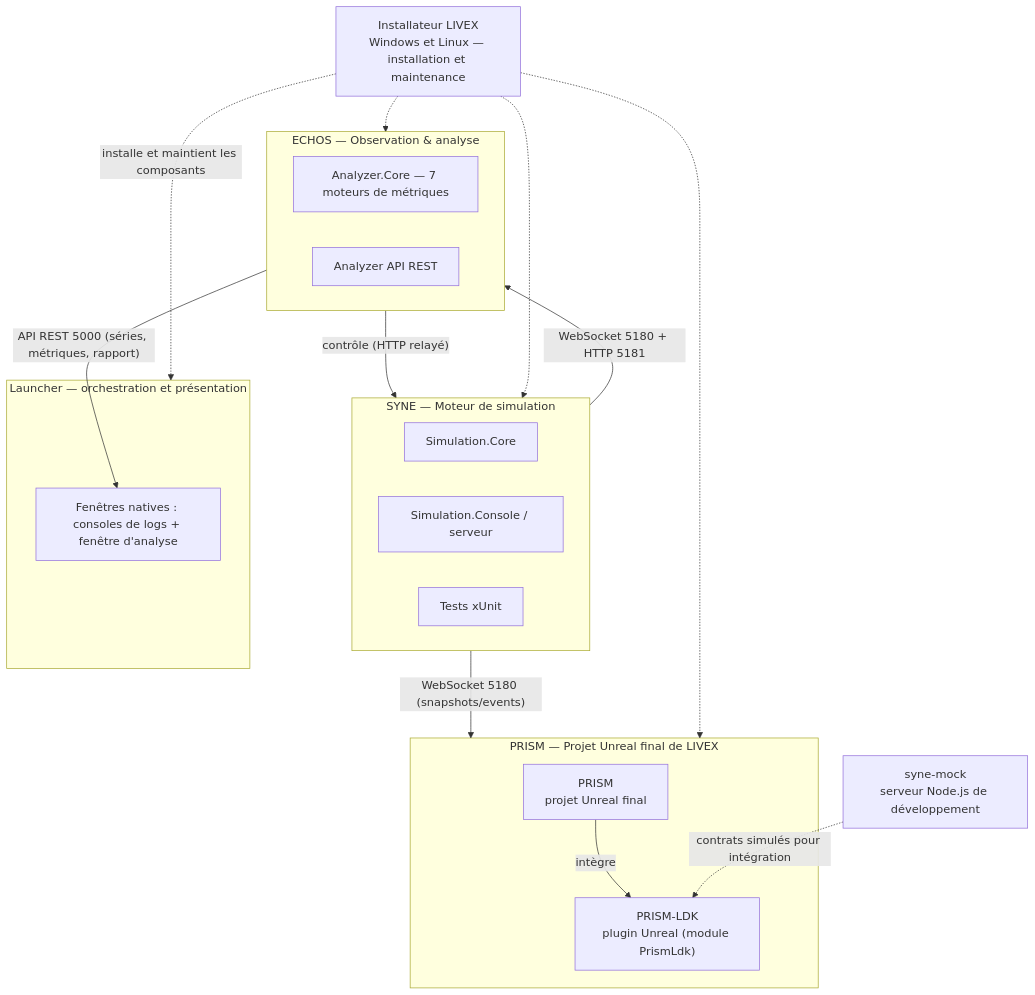
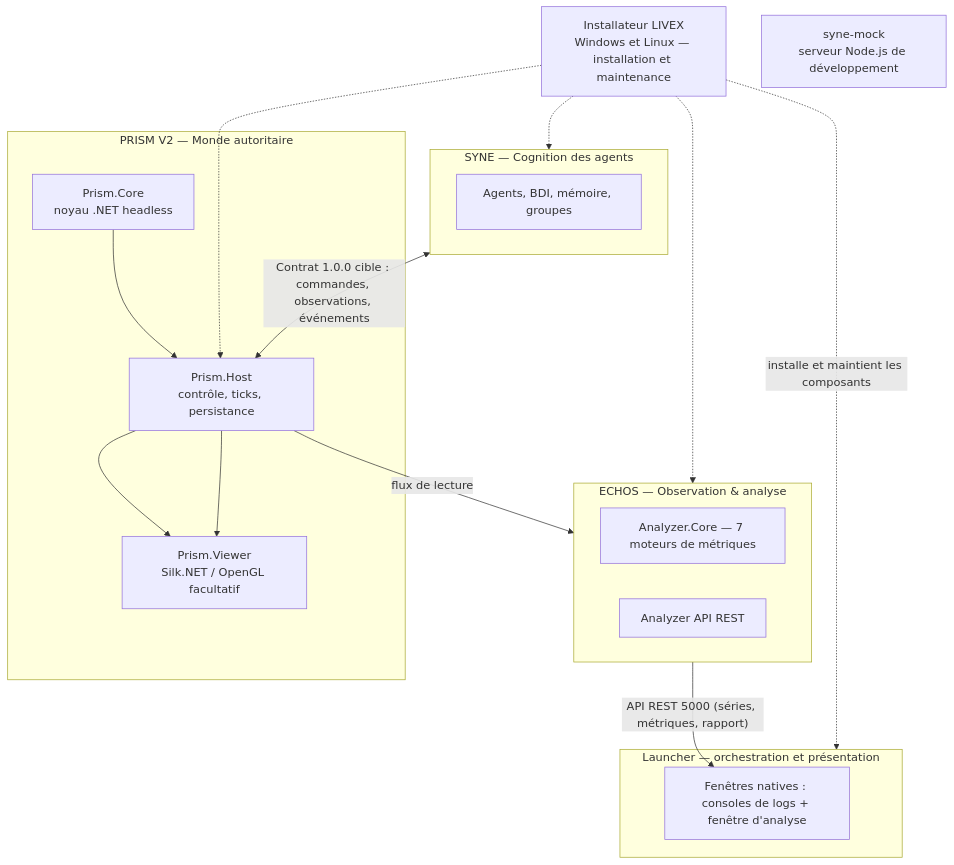
The first of 2 diagrams in docs/ARCHITECTURE.md (donovan-dev-web/LIVEX), drawn with Mermaid before and after one commit. The commit also changed other lines of this file and 510 other files, not shown here.

````diff
--- a/docs/ARCHITECTURE.md
+++ b/docs/ARCHITECTURE.md
@@ -15,31 +15,30 @@
 ```mermaid
 flowchart TB
-    subgraph SYNE["SYNE — Moteur de simulation"]
-        CORE[Simulation.Core]
-        CONSOLE[Simulation.Console / serveur]
-        TESTS1[Tests xUnit]
+    subgraph SYNE["SYNE — Cognition des agents"]
+        CORE[Agents, BDI, mémoire, groupes]
     end
     subgraph ECHOS["ECHOS — Observation & analyse"]
         ACORE[Analyzer.Core — 7 moteurs de métriques]
         AAPI[Analyzer API REST]
     end
-    subgraph PRISM["PRISM — Projet Unreal final de LIVEX"]
-        APP["PRISM<br/>projet Unreal final"]
-        PLUGIN["PRISM-LDK<br/>plugin Unreal (module PrismLdk)"]
-        APP -->|"intègre"| PLUGIN
+    subgraph PRISM["PRISM V2 — Monde autoritaire"]
+        CORE2[Prism.Core<br/>noyau .NET headless]
+        HOST[Prism.Host<br/>contrôle, ticks, persistance]
+        VIEW[Prism.Viewer<br/>Silk.NET / OpenGL facultatif]
+        CORE2 --> HOST
+        HOST --> VIEW
     end
     subgraph LAUNCHER["Launcher — orchestration et présentation"]
         LUI[Fenêtres natives : consoles de logs + fenêtre d'analyse]
     end
     INSTALLER["Installateur LIVEX<br/>Windows et Linux — installation et maintenance"]
     MOCK["syne-mock<br/>serveur Node.js de développement"]
-    SYNE -- "WebSocket 5180 + HTTP 5181" --> ECHOS
-    SYNE -- "WebSocket 5180 (snapshots/events)" --> PRISM
-    MOCK -. "contrats simulés pour intégration" .-> PLUGIN
-    ECHOS -- "contrôle (HTTP relayé)" --> SYNE
+    SYNE <-->|"Contrat 1.0.0 cible : commandes, observations, événements"| HOST
+    HOST -->|"flux de lecture"| ECHOS
+    HOST --> VIEW
     ECHOS -- "API REST 5000 (séries, métriques, rapport)" --> LUI
     INSTALLER -. "installe et maintient les composants" .-> LAUNCHER
     INSTALLER -.-> SYNE
     INSTALLER -.-> ECHOS
-    INSTALLER -.-> PRISM
+    INSTALLER -.-> HOST
 ```
````
